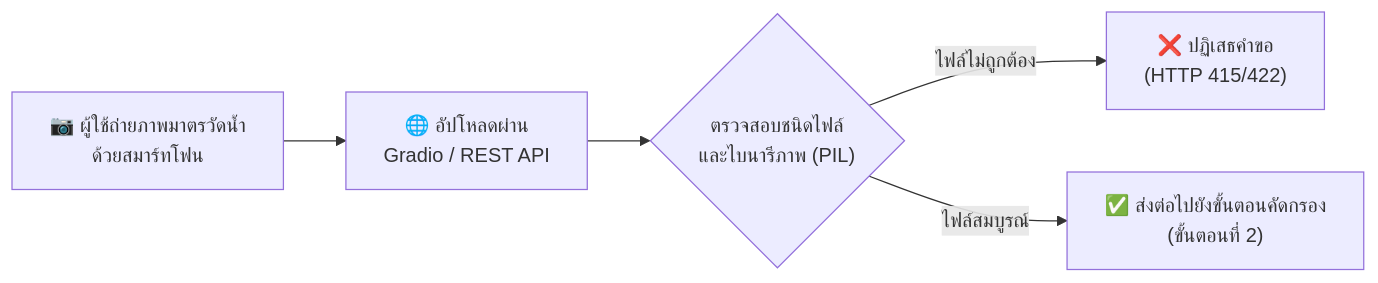
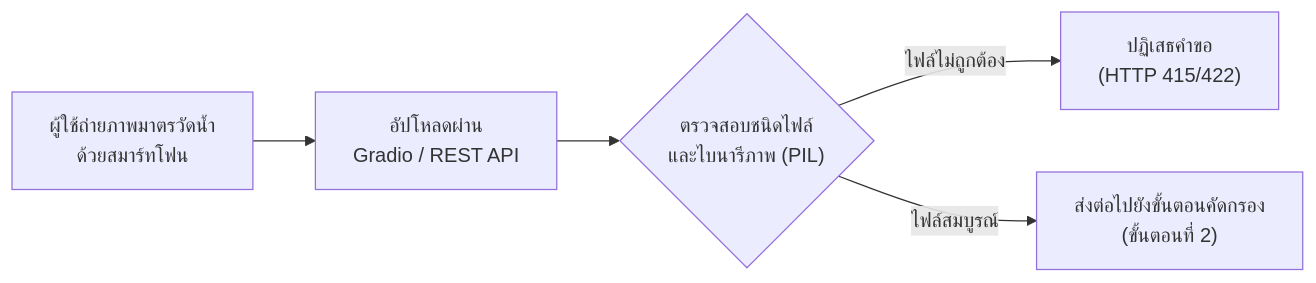
One commit to jirathxz/meter-reader changed the third of 17 diagrams in TUTORIAL.md. Above: the diagram before and after it, drawn with Mermaid. The commit also changed other lines of this file and 1 other file, not shown here.

Commit message:
style(docs): remove all emojis across documentation and mermaid diagrams

````diff
--- a/TUTORIAL.md
+++ b/TUTORIAL.md
@@ -414,7 +414,7 @@
 ```mermaid
 flowchart LR
-  A["📷 ผู้ใช้ถ่ายภาพมาตรวัดน้ำ<br/>ด้วยสมาร์ทโฟน"] --> B["🌐 อัปโหลดผ่าน<br/>Gradio / REST API"]
+  A["ผู้ใช้ถ่ายภาพมาตรวัดน้ำ<br/>ด้วยสมาร์ทโฟน"] --> B["อัปโหลดผ่าน<br/>Gradio / REST API"]
   B --> C{"ตรวจสอบชนิดไฟล์<br/>และไบนารีภาพ (PIL)"}
-  C -->|"ไฟล์ไม่ถูกต้อง"| C1["❌ ปฏิเสธคำขอ<br/>(HTTP 415/422)"]
-  C -->|"ไฟล์สมบูรณ์"| C2["✅ ส่งต่อไปยังขั้นตอนคัดกรอง<br/>(ขั้นตอนที่ 2)"]
+  C -->|"ไฟล์ไม่ถูกต้อง"| C1["ปฏิเสธคำขอ<br/>(HTTP 415/422)"]
+  C -->|"ไฟล์สมบูรณ์"| C2["ส่งต่อไปยังขั้นตอนคัดกรอง<br/>(ขั้นตอนที่ 2)"]
 ```
````
